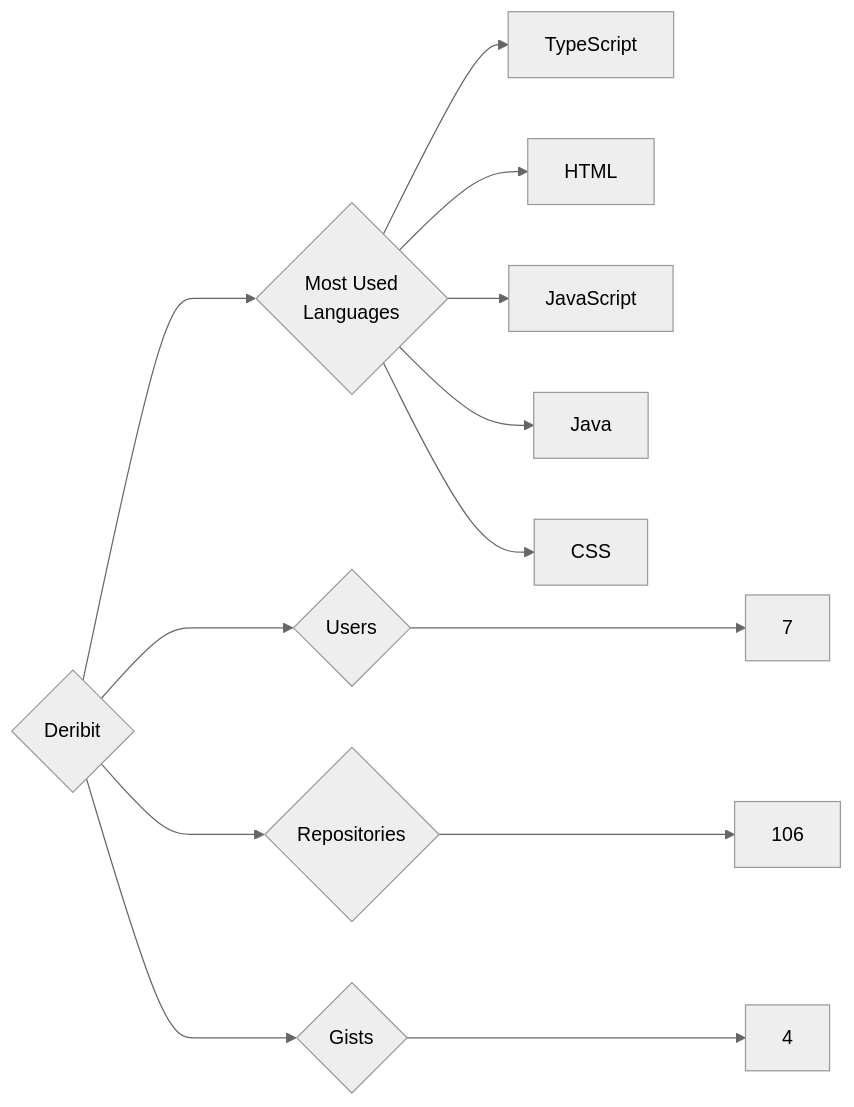
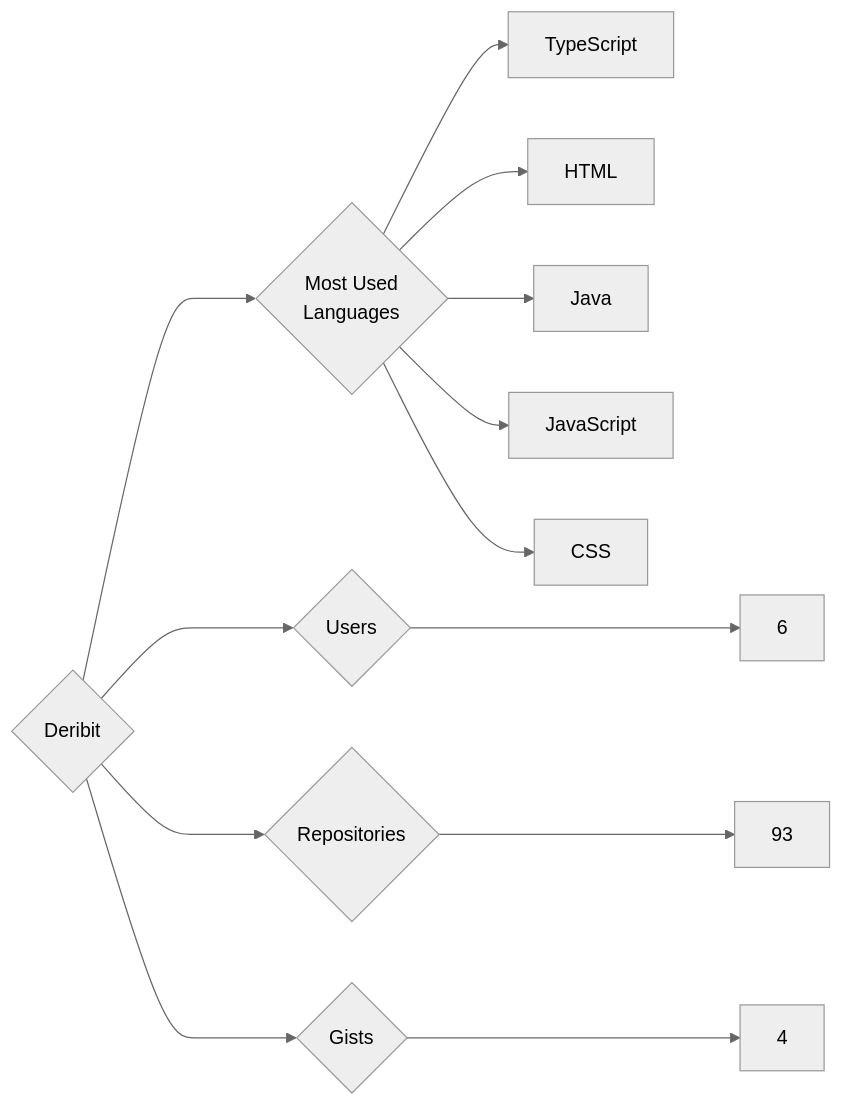
Before and after one commit to trickest/insiders: the diagram in targets/Deribit/README.md, drawn with Mermaid (neutral theme). The commit also changed 865 other files, not shown here.

````diff
--- a/targets/Deribit/README.md
+++ b/targets/Deribit/README.md
@@ -3,13 +3,13 @@
 ```mermaid
 graph LR
 COMPANY_NAME{Deribit}
-COMPANY_NAME ---> U{Users} ---> UN[7]
-COMPANY_NAME ---> R{Repositories} ---> RN[106]
+COMPANY_NAME ---> U{Users} ---> UN[6]
+COMPANY_NAME ---> R{Repositories} ---> RN[93]
 COMPANY_NAME ---> G{Gists} ---> GN[4]
 COMPANY_NAME ---> ML{Most Used<br>Languages}
 ML --> TypeScript[TypeScript]
 ML --> HTML[HTML]
+ML --> Java[Java]
 ML --> JavaScript[JavaScript]
-ML --> Java[Java]
 ML --> CSS[CSS]
 ```
````
